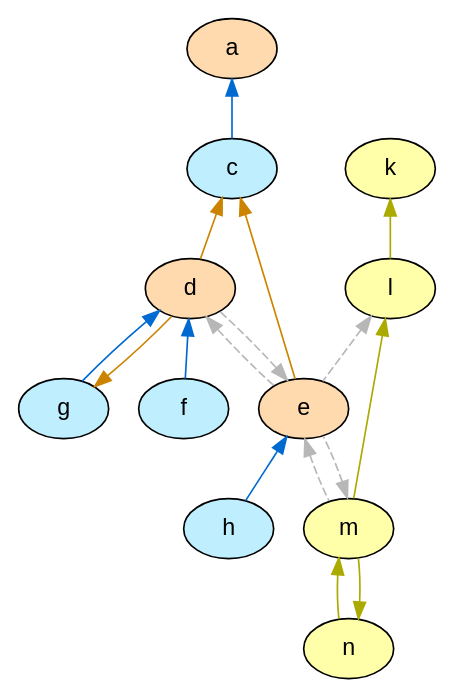
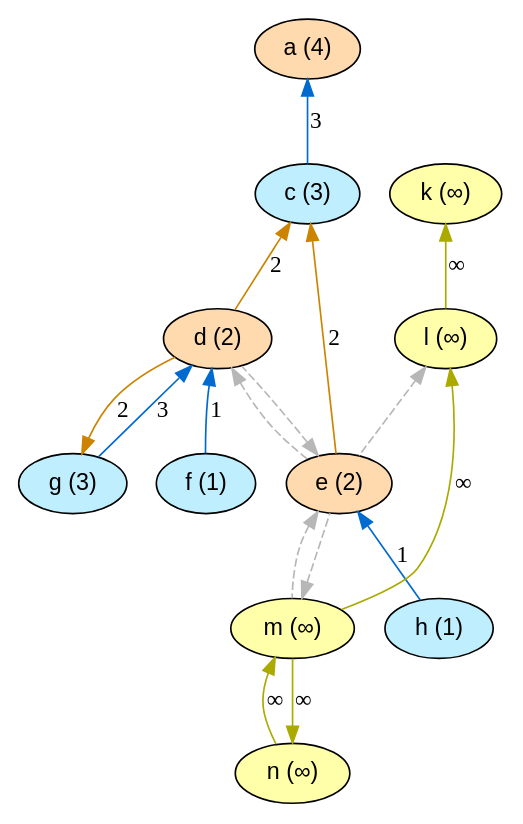
One commit to idaks/Games-and-Argumentation changed the diagram in lib/graphs/arg_graph_colored.dot. Above: the diagram before and after it, drawn with Graphviz. The commit also changed 20 other files, not shown here.

```diff
--- a/lib/graphs/arg_graph_colored.dot
+++ b/lib/graphs/arg_graph_colored.dot
@@ -1,26 +1,38 @@
 digraph G {
   node [shape=oval style=filled fontname=Helvetica fontsize=14]
-  node [fillcolor="#ffdaaf" fontcolor="#000000"] a d e;
-  node [fillcolor="#bfefff" fontcolor="#000000"] c f g h;
-  node [fillcolor="#FFFFAA" fontcolor="#000000"] k l m n;
-  edge [dir=back, color="#006ad1", style="solid"]
+  node [fillcolor="#ffdaaf" fontcolor="#000000"] 
+       a[label="a (4)"] 
+       d[label="d (2)"] 
+       e[label="e (2)"];
+  node [fillcolor="#bfefff" fontcolor="#000000"] 
+       c[label="c (3)"] 
+       f[label="f (1)"] 
+       g[label="g (3)"] 
+       h[label="h (1)"];
+  node [fillcolor="#FFFFAA" fontcolor="#000000"] 
+       k[label="k (∞)"] 
+       l[label="l (∞)"] 
+       m[label="m (∞)"] 
+       n[label="n (∞)"];
+  edge [dir=back, color="#006ad1", style="solid", label="3"]
         "a" -> "c";
-        "d" -> "f";
         "d" -> "g";
-        "e" -> "h";
-  edge [dir=back, color="#AAAA00", style="solid"]
+  edge [dir=back, color="#AAAA00", style="solid", label="∞"]
         "k" -> "l";
         "l" -> "m";
         "m" -> "n";
         "n" -> "m";
-  edge [dir=back, color="#cc8400", style="solid"]
+  edge [dir=back, color="#cc8400", style="solid", label="2"]
         "c" -> "d";
         "c" -> "e";
         "g" -> "d";
-  edge [dir=back, color="#b7b7b7", style="dashed"]
+  edge [dir=back, color="#b7b7b7", style="dashed", label=" "]
         "l" -> "e";
         "d" -> "e";
         "e" -> "d";
         "e" -> "m";
         "m" -> "e";
+  edge [dir=back, color="#006ad1", style="solid", label="1"]
+        "d" -> "f";
+        "e" -> "h";
 }
```
